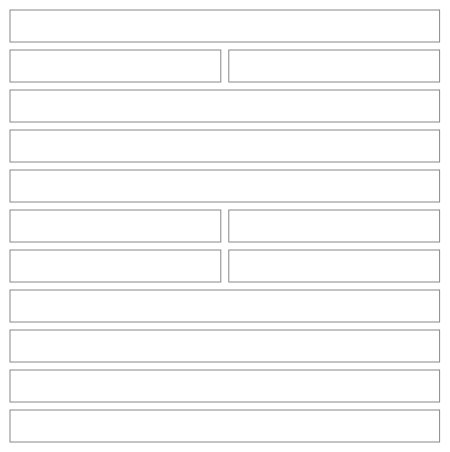
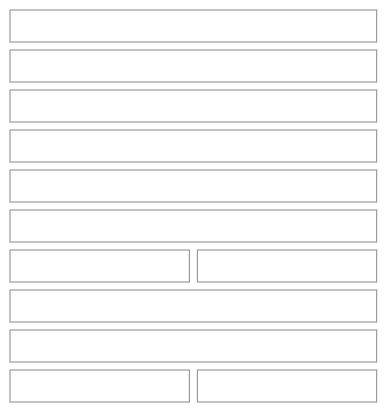
Diagram 15 of 31 in src/apps/pinch/UX.md (NovaMoonX/moondreams-dev-apps), drawn with Mermaid before and after one commit. The commit also changed other lines of this file and 206 other files, not shown here.

````diff
--- a/src/apps/pinch/UX.md
+++ b/src/apps/pinch/UX.md
@@ -381,33 +477,29 @@
 ```mermaid
 %%{init: {'theme': 'base', 'themeVariables': {'primaryColor': 'transparent', 'primaryBorderColor': '#888888', 'primaryTextColor': '#333333', 'lineColor': '#888888'}}}%%
 block-beta
   columns 2
-  T1["🖼️ Adobo chicken"]:2
-  T2["4 servings · 45 min"]:1
-  T3["$12.80 total · $3.20 / serving"]:1
-  T4["2 ingredients need a price · Add prices   ✕"]:2
-  T5["Nutrition per serving (when on): 520 cal · 42 g protein"]:2
-  T6["Ingredients"]:2
-  T7["Chicken thighs"]:1
-  T8["2 lb"]:1
-  T9["Soy sauce"]:1
-  T10["¼ cup"]:1
-  T11["Steps"]:2
-  T12["1. Marinate the chicken…"]:2
-  T13["🗓️ Add to calendar"]:2
-  T14["✏️ Modify · 📋 Copy · Delete"]:2
+  T1["Adobo chicken"]:2
+  T2["🍽️ 4 servings · 🔪 Prep 10 min · ⏲️ Cook 35 min"]:2
+  T4["Cost $12.80 ⚠ · $3.20 per serving"]:2
+  T5["🔥 495 · 💪 61g · 🌾 3g · 🥑 25g (when on)"]:2
+  T6["2 ingredients need a price · Add prices   ✕"]:2
+  T7["INGREDIENTS 6"]:2
+  T8["Chicken thighs"]:1
+  T9["2 lb"]:1
+  T10["STEPS"]:2
+  T11["1. Marinate the chicken…"]:2
+  T12["Modify"]:1
+  T13["Add to calendar"]:1
   style T1 fill:transparent,stroke:#888888,stroke-width:1px;
   style T2 fill:transparent,stroke:#888888,stroke-width:1px;
-  style T3 fill:transparent,stroke:#888888,stroke-width:1px;
   style T4 fill:transparent,stroke:#888888,stroke-width:1px;
   style T5 fill:transparent,stroke:#888888,stroke-width:1px;
   style T6 fill:transparent,stroke:#888888,stroke-width:1px;
   style T7 fill:transparent,stroke:#888888,stroke-width:1px;
   style T8 fill:transparent,stroke:#888888,stroke-width:1px;
   style T9 fill:transparent,stroke:#888888,stroke-width:1px;
   style T10 fill:transparent,stroke:#888888,stroke-width:1px;
   style T11 fill:transparent,stroke:#888888,stroke-width:1px;
   style T12 fill:transparent,stroke:#888888,stroke-width:1px;
   style T13 fill:transparent,stroke:#888888,stroke-width:1px;
-  style T14 fill:transparent,stroke:#888888,stroke-width:1px;
 ```
````
